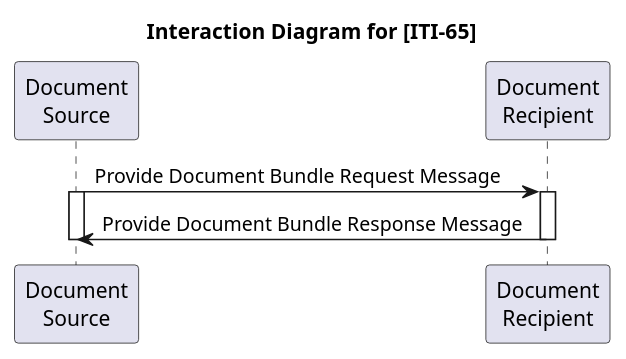
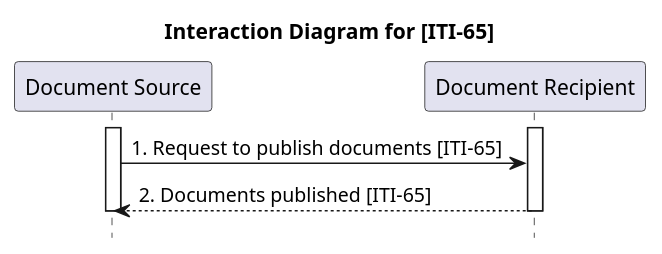
Before and after one commit to ehealthsuisse/ch-epr-fhir: the diagram in input/images-source/MHD_ActorDiagram_ITI-65.plantuml, drawn with PlantUML. The commit also changed 31 other files, not shown here.

```diff
--- a/input/images-source/MHD_ActorDiagram_ITI-65.plantuml
+++ b/input/images-source/MHD_ActorDiagram_ITI-65.plantuml
@@ -1,16 +1,15 @@
 @startuml
 
 title Interaction Diagram for [ITI-65]
 
-participant source as "Document\nSource"
-participant recipient as "Document\nRecipient"
-
-source -> recipient : Provide Document Bundle Request Message
-activate source
-activate recipient
-
-recipient -> source: Provide Document Bundle Response Message
-deactivate recipient
-deactivate source
+hide footbox
+participant "Document Source" as DocumentSource
+participant "Document Recipient" as DocumentRecipient
+activate "DocumentSource"
+activate "DocumentRecipient"
+"DocumentSource" -> "DocumentRecipient" : 1. Request to publish documents [ITI-65]
+"DocumentRecipient" --> "DocumentSource" : 2. Documents published [ITI-65]
+deactivate "DocumentSource"
+deactivate "DocumentRecipient"
 
 @enduml 
```
